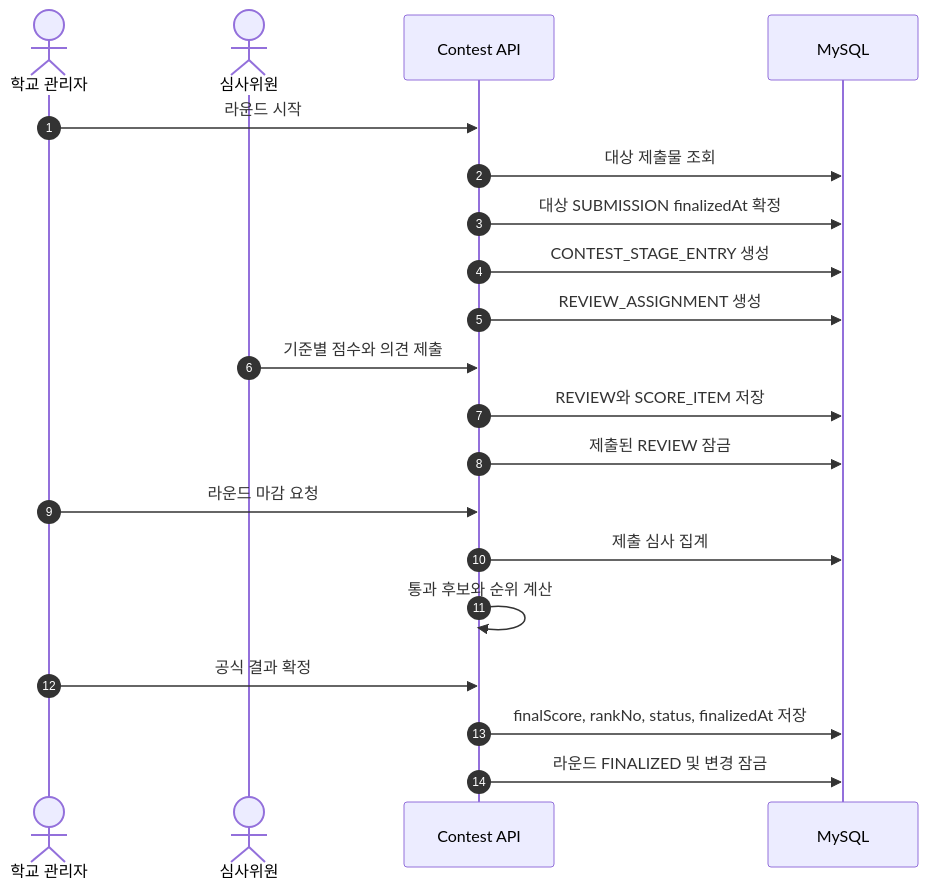
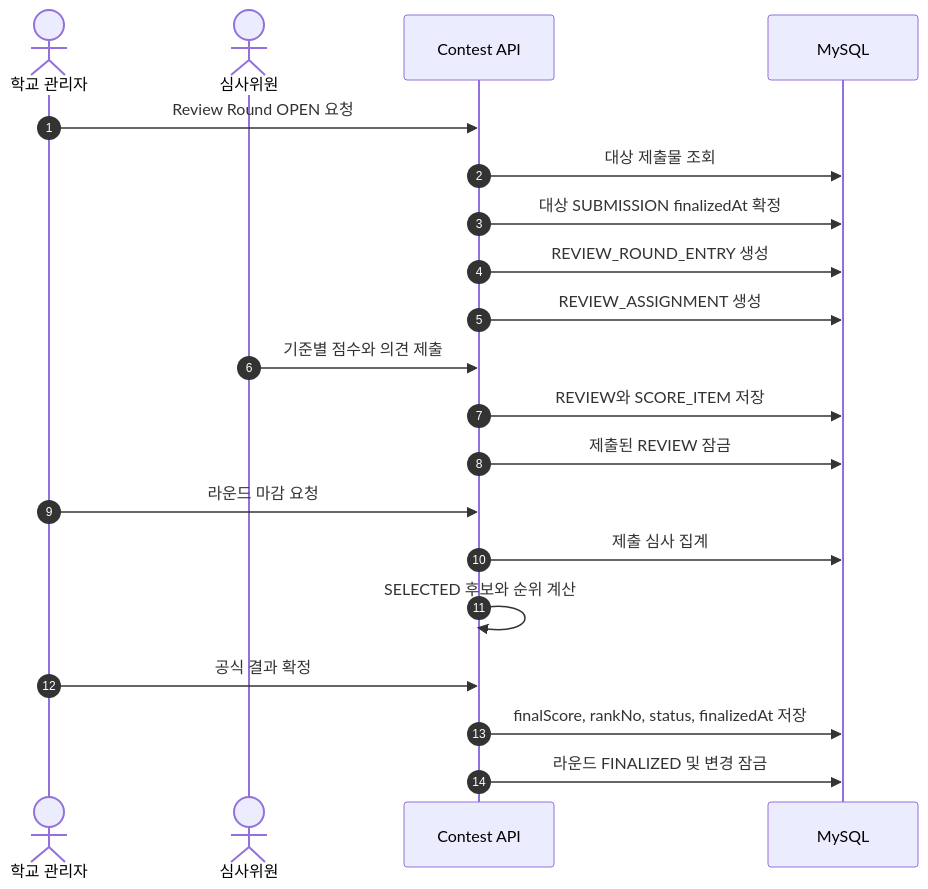
Before and after one commit to Tok-Baro/Trekkey_BackEnd: the ninth of 22 diagrams in docs/architecture-diagrams.md, drawn with Mermaid. The commit also changed other lines of this file and 6 other files, not shown here.

Commit message:
docs: replace contest stages with review rounds

````diff
--- a/docs/architecture-diagrams.md
+++ b/docs/architecture-diagrams.md
@@ -274,23 +280,23 @@
 ```mermaid
 sequenceDiagram
     autonumber
     actor Admin as 학교 관리자
     actor Judge as 심사위원
     participant API as Contest API
     participant DB as MySQL
 
-    Admin->>API: 라운드 시작
+    Admin->>API: Review Round OPEN 요청
     API->>DB: 대상 제출물 조회
     API->>DB: 대상 SUBMISSION finalizedAt 확정
-    API->>DB: CONTEST_STAGE_ENTRY 생성
+    API->>DB: REVIEW_ROUND_ENTRY 생성
     API->>DB: REVIEW_ASSIGNMENT 생성
     Judge->>API: 기준별 점수와 의견 제출
     API->>DB: REVIEW와 SCORE_ITEM 저장
     API->>DB: 제출된 REVIEW 잠금
     Admin->>API: 라운드 마감 요청
     API->>DB: 제출 심사 집계
-    API->>API: 통과 후보와 순위 계산
+    API->>API: SELECTED 후보와 순위 계산
     Admin->>API: 공식 결과 확정
     API->>DB: finalScore, rankNo, status, finalizedAt 저장
     API->>DB: 라운드 FINALIZED 및 변경 잠금
 ```
````
